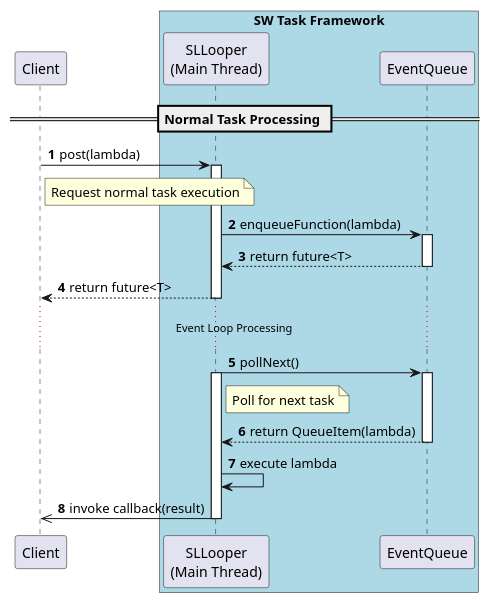
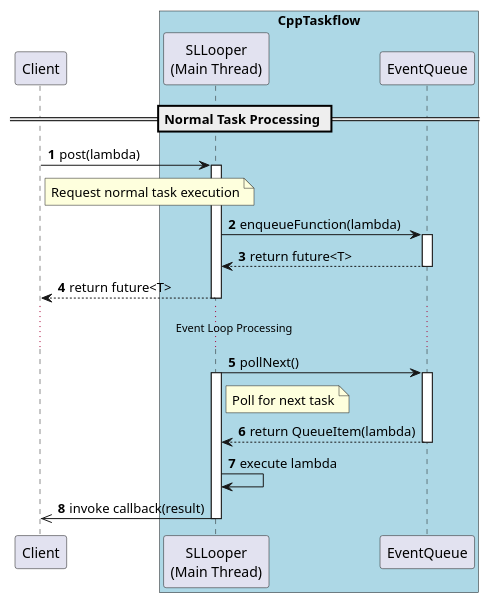
Before and after one commit to taikt/sw_task: the fourth of 5 diagrams in doc/design/sw_task/performance_a.puml, drawn with PlantUML. The commit also changed other lines of this file and 16 other files, not shown here.

```diff
--- a/doc/design/sw_task/performance_a.puml
+++ b/doc/design/sw_task/performance_a.puml
@@ -102,46 +102,46 @@
 @startuml
-'title "SW Task Framework - post() Sequence Diagram"
+'title "CppTaskflow - post() Sequence Diagram"
 autonumber
 participant "Client" as Client
 
-box "SW Task Framework" #LightBlue
+box "CppTaskflow" #LightBlue
     participant "SLLooper\n(Main Thread)" as Looper
     participant "EventQueue" as MQ
 end box
 
 == Normal Task Processing ==
 
 Client -> Looper : post(lambda)
 activate Looper
 note right of Client : Request normal task execution
 
 Looper -> MQ : enqueueFunction(lambda)
 activate MQ
 'note right of Looper : Queue task for execution\n(synchronous call)
 
 MQ --> Looper : return future<T>
 deactivate MQ
 
 Looper --> Client : return future<T>
 deactivate Looper
 'note left of Client : Get future immediately\nMain thread not blocked
 
 ...Event Loop Processing...
 
 Looper -> MQ : pollNext()
 activate Looper
 activate MQ
 note right of Looper : Poll for next task
 
 MQ --> Looper : return QueueItem(lambda)
 deactivate MQ
 
 Looper -> Looper : execute lambda
 'note right of Looper : Execute task on\nmain thread
 
 Looper ->> Client : invoke callback(result)
 'note right of Looper : Callback executed\non main thread\n(asynchronous notification)
 
 deactivate Looper
 
 @enduml
```
